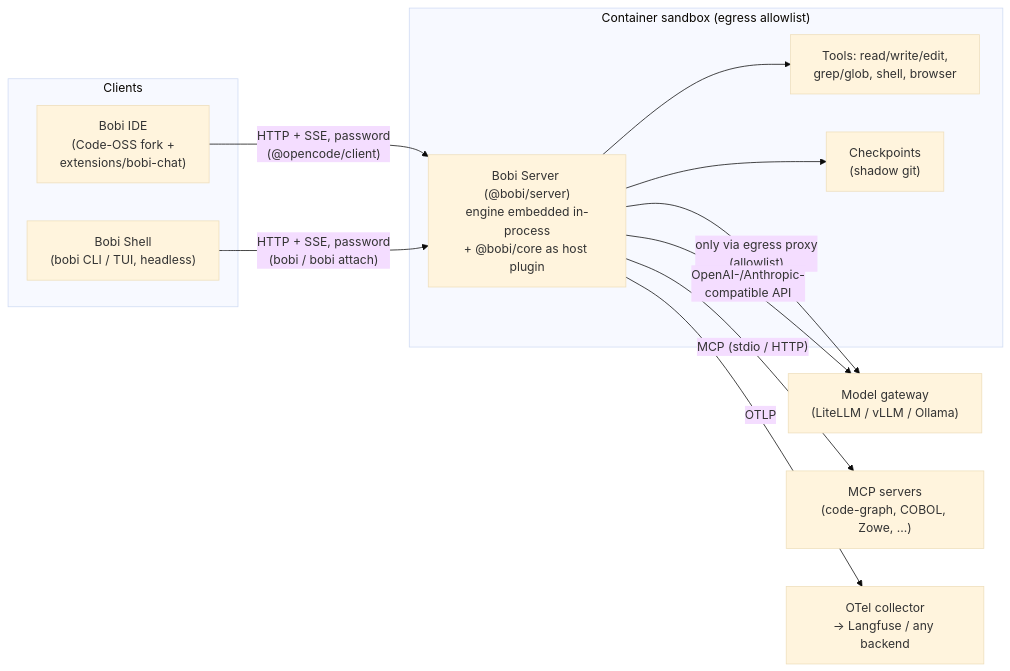
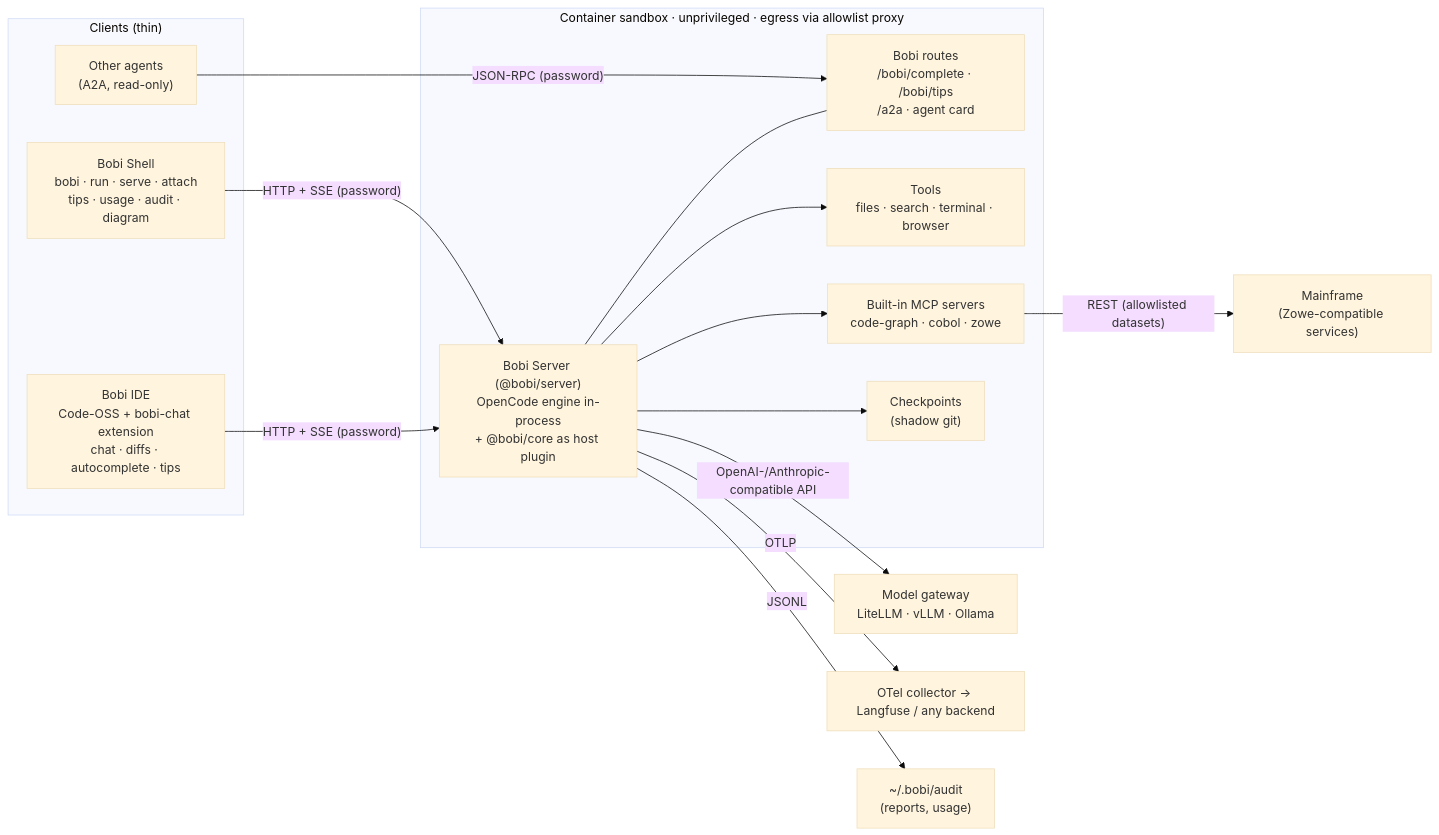
Before and after one commit to weski17/bobi: the diagram in docs/ARCHITECTURE.md, drawn with Mermaid (base theme). The commit also changed other lines of this file and 21 other files, not shown here.

First line of the commit message:
docs: product README, current architecture, AGENTS.md and a natural narration voice

````diff
--- a/docs/ARCHITECTURE.md
+++ b/docs/ARCHITECTURE.md
@@ -8,22 +9,28 @@
 ```mermaid
 flowchart LR
-  subgraph Clients
-    IDE["Bobi IDE<br/>(Code-OSS fork +<br/>extensions/bobi-chat)"]
-    SHELL["Bobi Shell<br/>(bobi CLI / TUI, headless)"]
+  subgraph Clients["Clients (thin)"]
+    IDE["Bobi IDE<br/>Code-OSS + bobi-chat extension<br/>chat · diffs · autocomplete · tips"]
+    SHELL["Bobi Shell<br/>bobi · run · serve · attach<br/>tips · usage · audit · diagram"]
+    AGENTS["Other agents<br/>(A2A, read-only)"]
   end
 
-  subgraph Sandbox["Container sandbox (egress allowlist)"]
-    SERVER["Bobi Server (@bobi/server)<br/>engine embedded in-process<br/>+ @bobi/core as host plugin"]
-    TOOLS["Tools: read/write/edit,<br/>grep/glob, shell, browser"]
+  subgraph Sandbox["Container sandbox · unprivileged · egress via allowlist proxy"]
+    SERVER["Bobi Server (@bobi/server)<br/>OpenCode engine in-process<br/>+ @bobi/core as host plugin"]
+    ROUTES["Bobi routes<br/>/bobi/complete · /bobi/tips<br/>/a2a · agent card"]
+    TOOLS["Tools<br/>files · search · terminal · browser"]
+    MCP["Built-in MCP servers<br/>code-graph · cobol · zowe"]
     SNAP["Checkpoints<br/>(shadow git)"]
+    SERVER --- ROUTES
     SERVER --> TOOLS
+    SERVER --> MCP
     SERVER --> SNAP
   end
 
-  IDE -- "HTTP + SSE, password<br/>(@opencode/client)" --> SERVER
-  SHELL -- "HTTP + SSE, password<br/>(bobi / bobi attach)" --> SERVER
-  SERVER -- "only via egress proxy<br/>(allowlist)" --> GW
-  SERVER -- "OpenAI-/Anthropic-<br/>compatible API" --> GW["Model gateway<br/>(LiteLLM / vLLM / Ollama)"]
-  SERVER -- "MCP (stdio / HTTP)" --> MCP["MCP servers<br/>(code-graph, COBOL, Zowe, …)"]
-  SERVER -- "OTLP" --> OTEL["OTel collector<br/>→ Langfuse / any backend"]
+  IDE -- "HTTP + SSE (password)" --> SERVER
+  SHELL -- "HTTP + SSE (password)" --> SERVER
+  AGENTS -- "JSON-RPC (password)" --> ROUTES
+  SERVER -- "OpenAI-/Anthropic-compatible API" --> GW["Model gateway<br/>LiteLLM · vLLM · Ollama"]
+  MCP -- "REST (allowlisted datasets)" --> MF["Mainframe<br/>(Zowe-compatible services)"]
+  SERVER -- "OTLP" --> OTEL["OTel collector → Langfuse / any backend"]
+  SERVER -- "JSONL" --> AUDIT["~/.bobi/audit<br/>(reports, usage)"]
 ```
````
